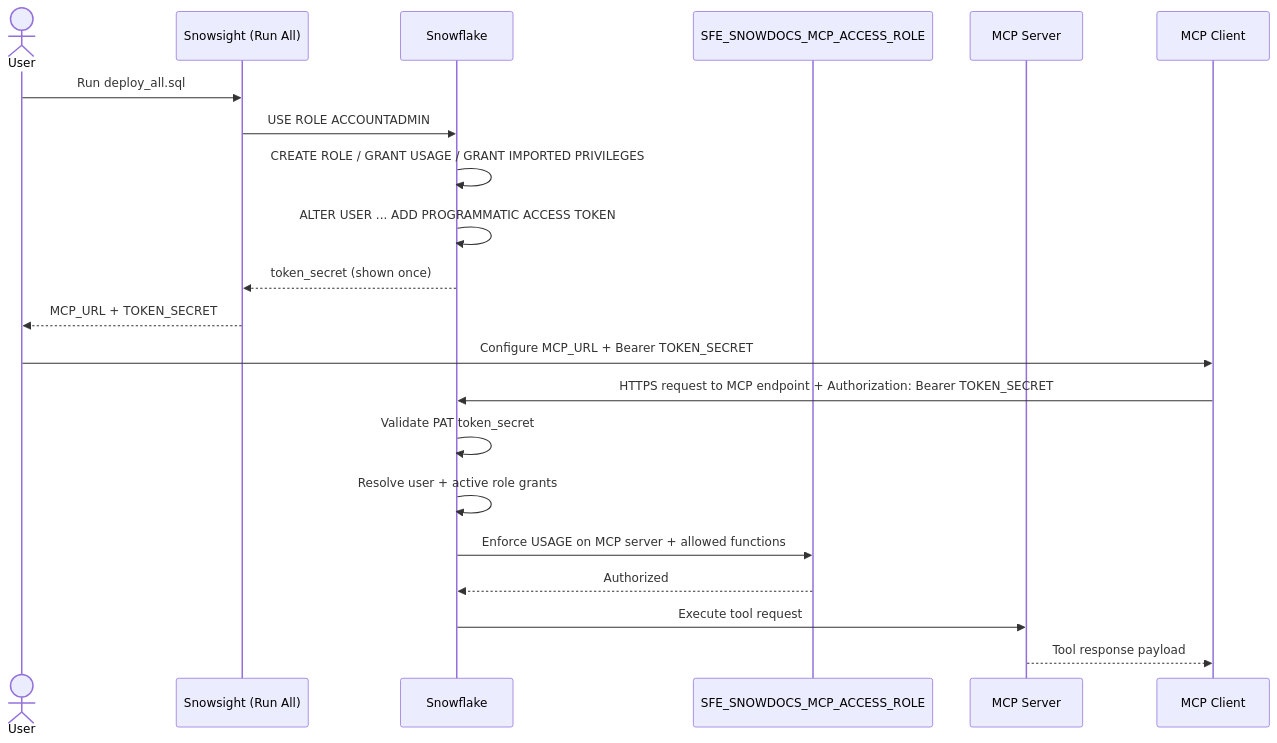
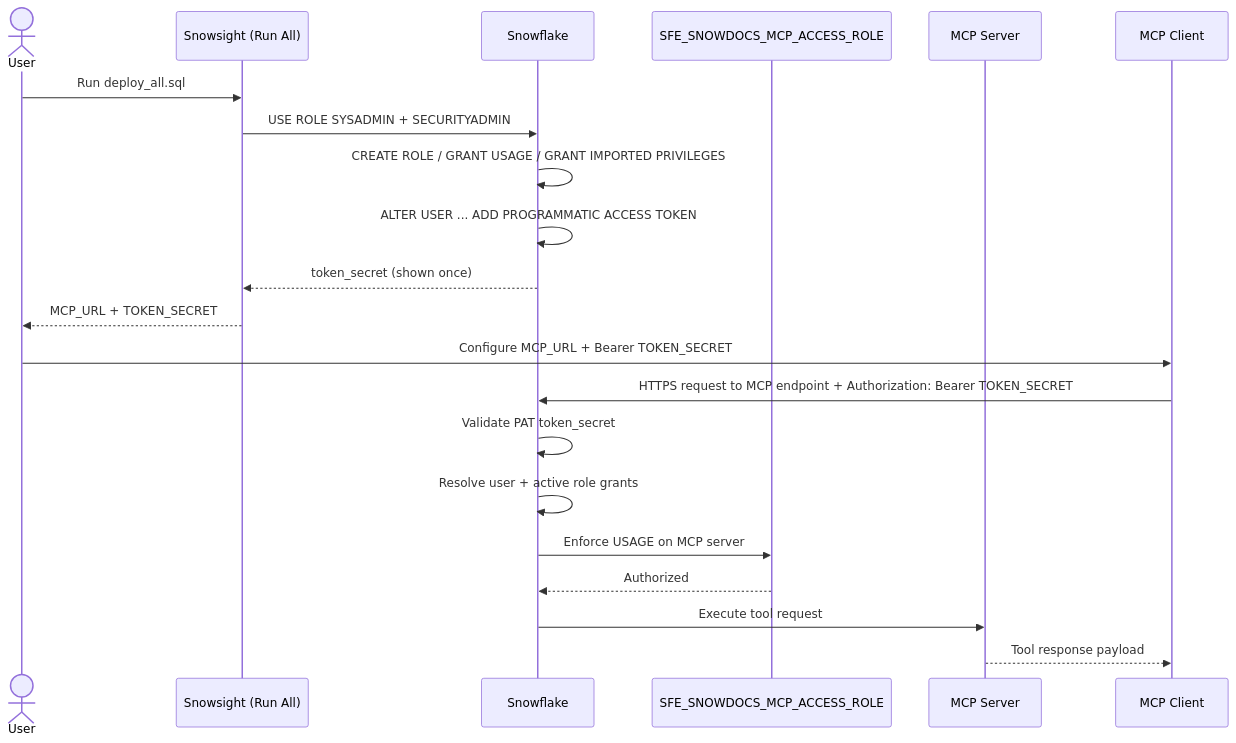
One commit to sfc-gh-miwhitaker/mcp-snowdocs changed the diagram in diagrams/auth-flow.md. Above: the diagram before and after it, drawn with Mermaid. The commit also changed other lines of this file and 6 other files, not shown here.

Commit message:
Remove "get-account-info" function references from SQL scripts and diagrams to enhance clarity and streamline the deployment process. Update README and diagrams to reflect the removal and adjust role dependencies accordingly.

````diff
--- a/diagrams/auth-flow.md
+++ b/diagrams/auth-flow.md
@@ -14,25 +14,25 @@
 ```mermaid
 sequenceDiagram
   actor User
   participant Snowsight as Snowsight (Run All)
   participant SF as Snowflake
   participant Role as SFE_SNOWDOCS_MCP_ACCESS_ROLE
   participant MCP as MCP Server
   participant IDE as MCP Client
 
   User->>Snowsight: Run deploy_all.sql
-  Snowsight->>SF: USE ROLE ACCOUNTADMIN
+  Snowsight->>SF: USE ROLE SYSADMIN + SECURITYADMIN
   SF->>SF: CREATE ROLE / GRANT USAGE / GRANT IMPORTED PRIVILEGES
   SF->>SF: ALTER USER ... ADD PROGRAMMATIC ACCESS TOKEN
   SF-->>Snowsight: token_secret (shown once)
   Snowsight-->>User: MCP_URL + TOKEN_SECRET
 
   User->>IDE: Configure MCP_URL + Bearer TOKEN_SECRET
   IDE->>SF: HTTPS request to MCP endpoint + Authorization: Bearer TOKEN_SECRET
   SF->>SF: Validate PAT token_secret
   SF->>SF: Resolve user + active role grants
-  SF->>Role: Enforce USAGE on MCP server + allowed functions
+  SF->>Role: Enforce USAGE on MCP server
   Role-->>SF: Authorized
   SF->>MCP: Execute tool request
   MCP-->>IDE: Tool response payload
 ```
````
